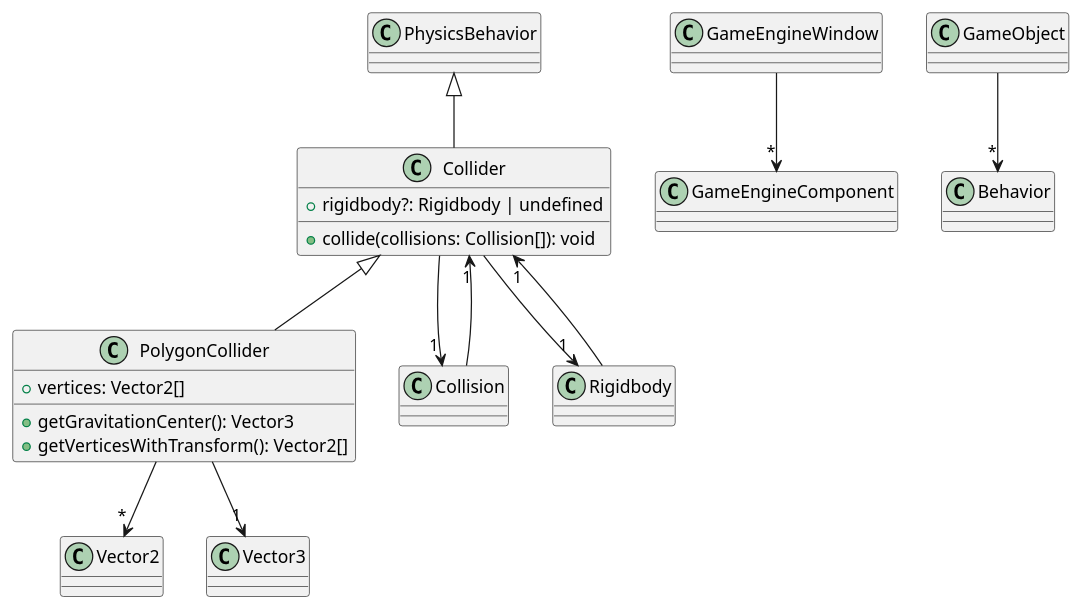
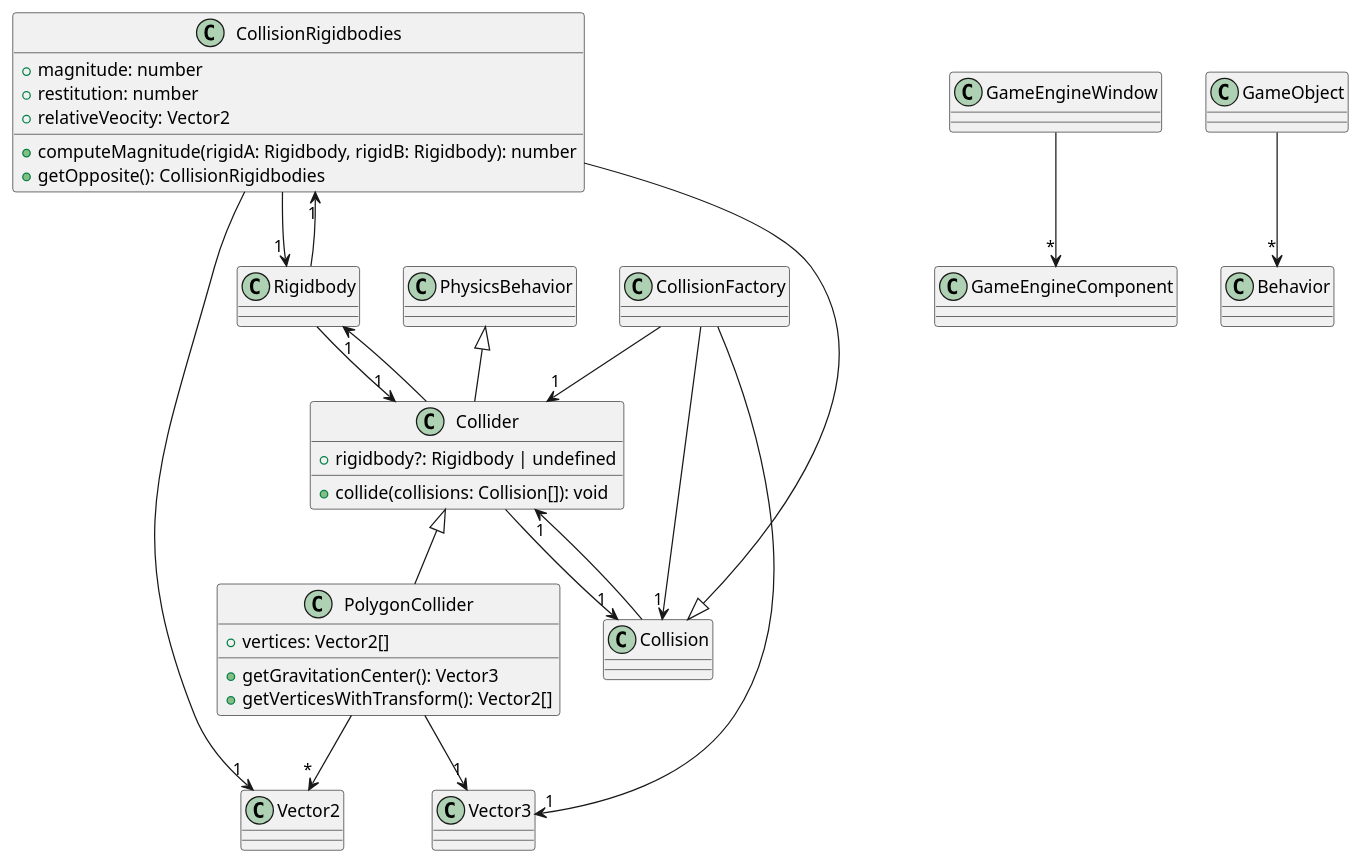
Before and after one commit to CPNV-ES/game-engine: the diagram in doc/diagrams/Extensions_PhysicsEngine_Colliders.puml, drawn with PlantUML. The commit also changed 5 other files, not shown here.

Commit message:
docs: update the diagrams and doc for the addition of forces in physicsEngine

```diff
--- a/doc/diagrams/Extensions_PhysicsEngine_Colliders.puml
+++ b/doc/diagrams/Extensions_PhysicsEngine_Colliders.puml
@@ -1,19 +1,34 @@
 @startuml
+class CollisionRigidbodies extends Collision {
+    +magnitude: number
+    +restitution: number
+    +relativeVeocity: Vector2
+    +computeMagnitude(rigidA: Rigidbody, rigidB: Rigidbody): number
+    +getOpposite(): CollisionRigidbodies
+}
 class Collider extends PhysicsBehavior {
     +rigidbody?: Rigidbody | undefined
     +collide(collisions: Collision[]): void
+}
+class CollisionFactory {
 }
 class PolygonCollider extends Collider {
     +vertices: Vector2[]
     +getGravitationCenter(): Vector3
     +getVerticesWithTransform(): Vector2[]
 }
 GameEngineWindow --> "*" GameEngineComponent
 GameObject --> "*" Behavior
 Collision --> "1" Collider
+CollisionRigidbodies --> "1" Vector2
+CollisionRigidbodies --> "1" Rigidbody
 Rigidbody --> "1" Collider
+Rigidbody --> "1" CollisionRigidbodies
 Collider --> "1" Rigidbody
 Collider --> "1" Collision
+CollisionFactory --> "1" Vector3
+CollisionFactory --> "1" Collider
+CollisionFactory --> "1" Collision
 PolygonCollider --> "*" Vector2
 PolygonCollider --> "1" Vector3
 @enduml
```
